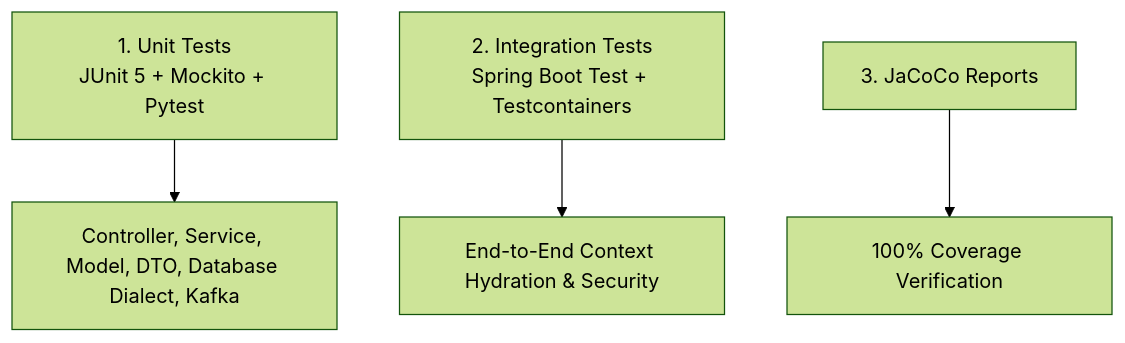
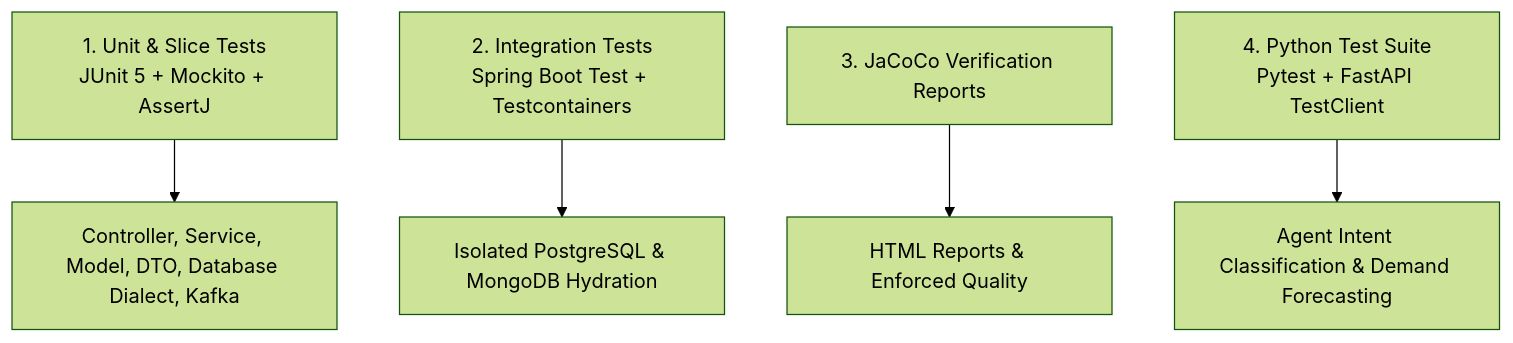
One commit to ervivekumrao/Agentic-inventory changed the diagram in docs/TESTING_AND_DEVOPS.md. Above: the diagram before and after it, drawn with Mermaid (forest theme). The commit also changed other lines of this file and 148 other files, not shown here.

````diff
--- a/docs/TESTING_AND_DEVOPS.md
+++ b/docs/TESTING_AND_DEVOPS.md
@@ -11,6 +27,7 @@
 ```mermaid
 graph TD
-    UnitTests[1. Unit Tests<br/>JUnit 5 + Mockito + Pytest] --> ServiceLayer[Controller, Service, Model, DTO, Database Dialect, Kafka]
-    IntegrationTests[2. Integration Tests<br/>Spring Boot Test + Testcontainers] --> E2E[End-to-End Context Hydration & Security]
-    JaCoCo[3. JaCoCo Reports] --> Verification[100% Coverage Verification]
+    UnitTests[1. Unit & Slice Tests<br/>JUnit 5 + Mockito + AssertJ] --> ServiceLayer[Controller, Service, Model, DTO, Database Dialect, Kafka]
+    IntegrationTests[2. Integration Tests<br/>Spring Boot Test + Testcontainers] --> E2E[Isolated PostgreSQL & MongoDB Hydration]
+    JaCoCo[3. JaCoCo Verification Reports] --> Verification[HTML Reports & Enforced Quality]
+    Pytest[4. Python Test Suite<br/>Pytest + FastAPI TestClient] --> ForecastLayer[Agent Intent Classification & Demand Forecasting]
 ```
````
